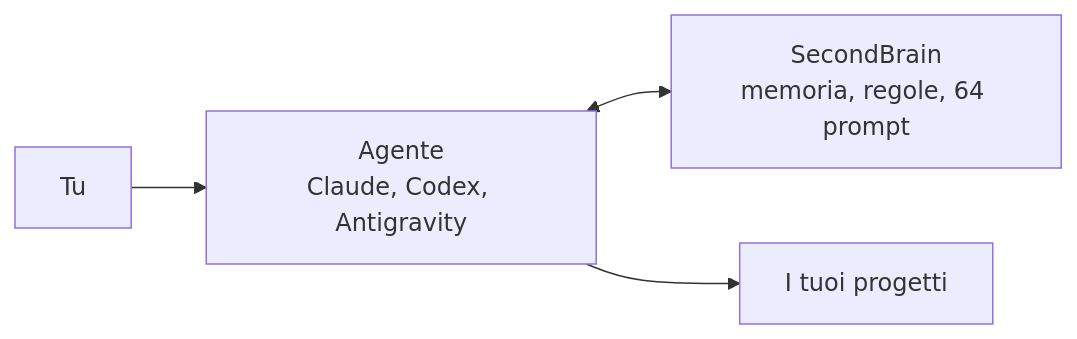
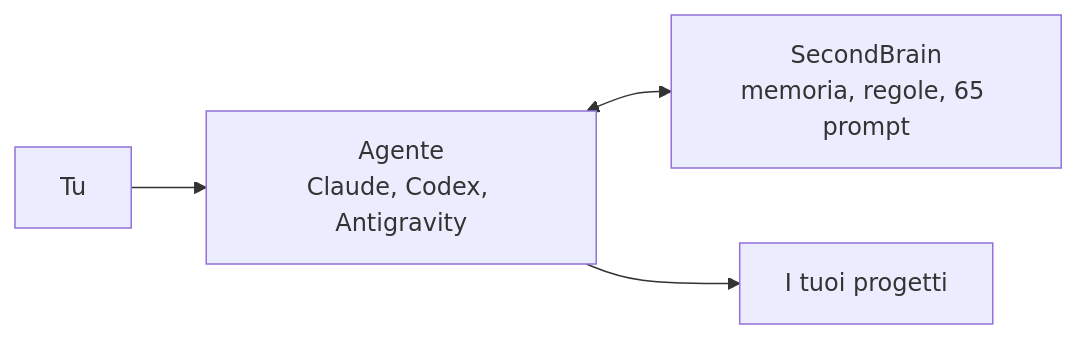
The first of 2 diagrams in README.md (dennidalpos/secondbrain), drawn with Mermaid before and after one commit. The commit also changed other lines of this file and 8 other files, not shown here.

````diff
--- a/README.md
+++ b/README.md
@@ -9,6 +9,6 @@
 ```mermaid
 flowchart LR
     T["Tu"] --> A["Agente<br/>Claude, Codex, Antigravity"]
-    A <--> S["SecondBrain<br/>memoria, regole, 64 prompt"]
+    A <--> S["SecondBrain<br/>memoria, regole, 65 prompt"]
     A --> P["I tuoi progetti"]
 ```
````
